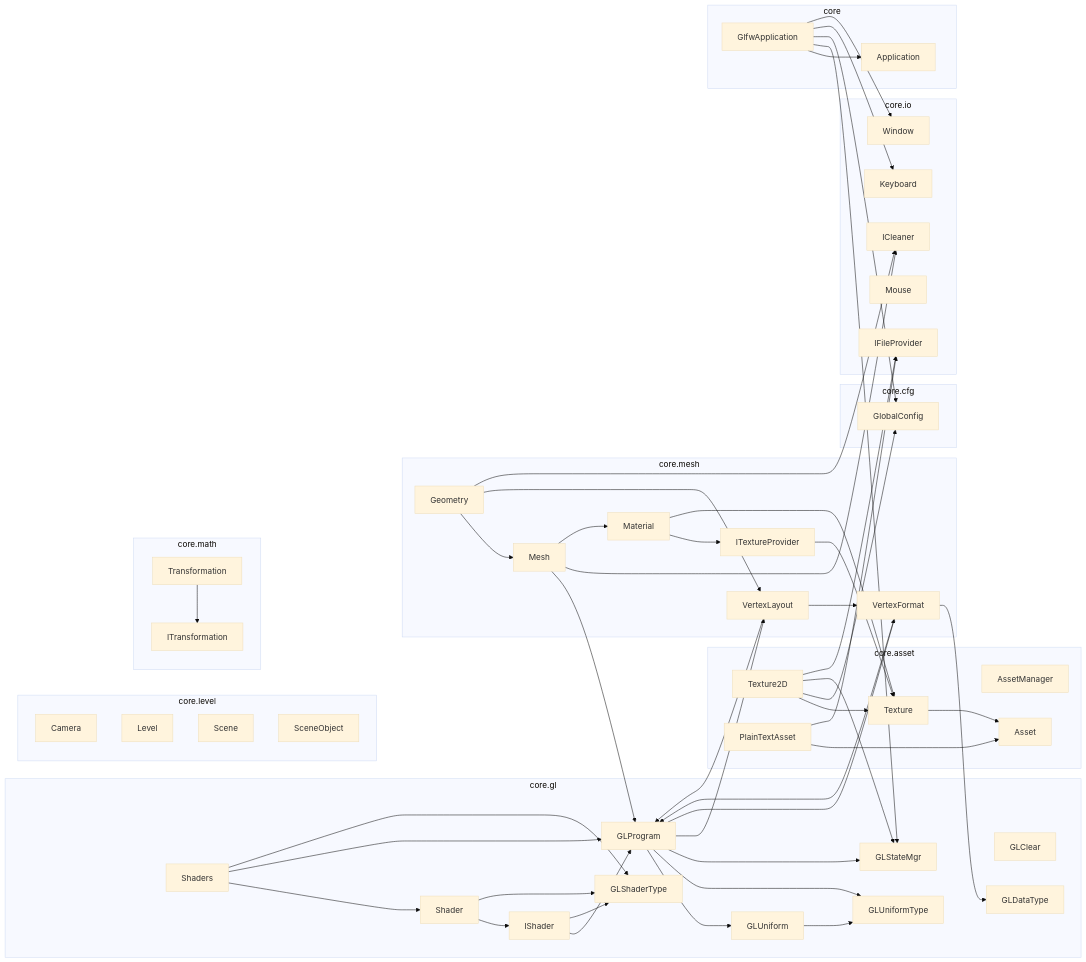
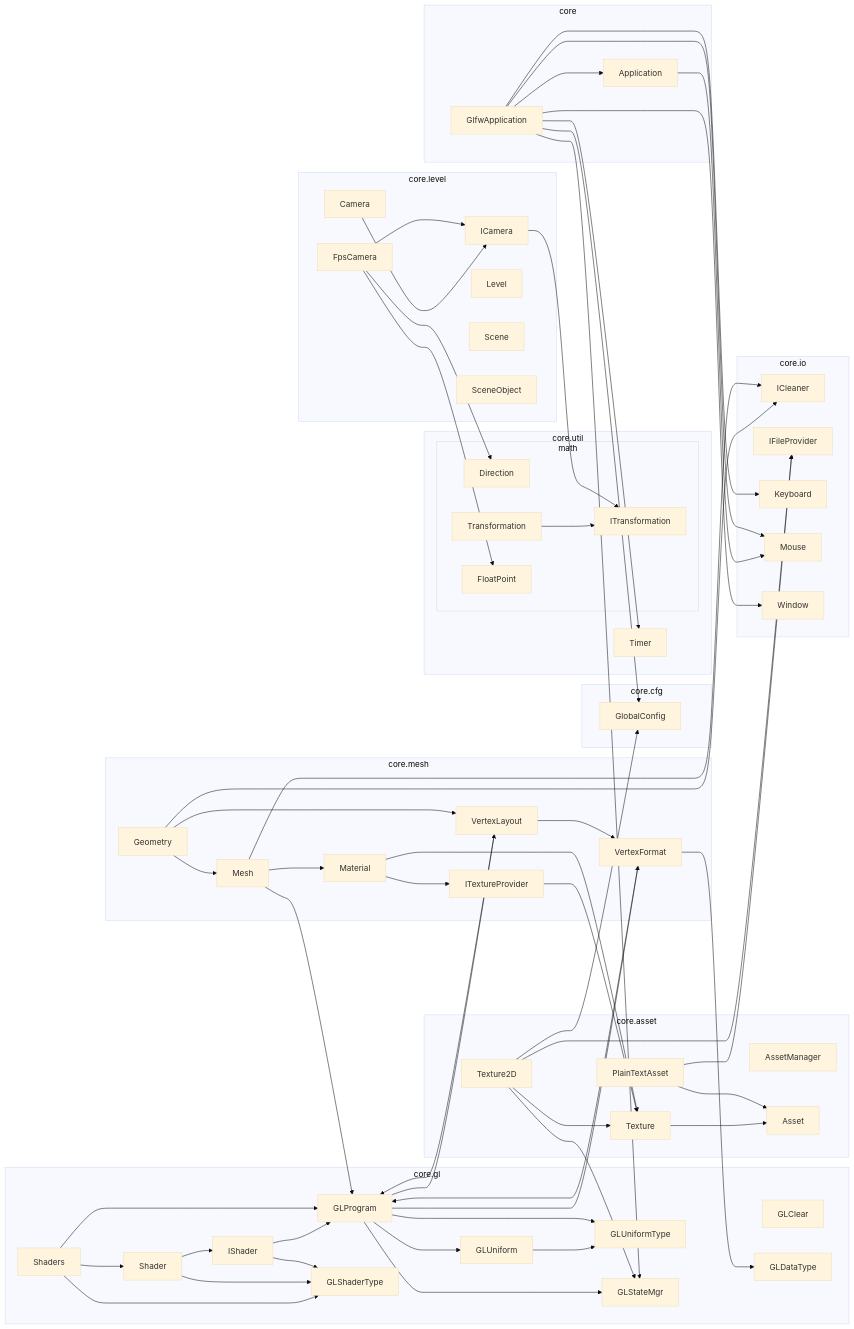
Before and after one commit to Over-Run/swgl-core: the diagram in README.md, drawn with Mermaid (base theme). The commit also changed 22 other files, not shown here.

Commit message:
The FpsCamera

````diff
--- a/README.md
+++ b/README.md
@@ -25,59 +25,71 @@
 ```mermaid
 graph LR
 subgraph core.asset
     AssetManager
     Texture2D-->Texture-->Asset
     PlainTextAsset-->Asset
 end
 subgraph core.cfg
     GlobalConfig
 end
 subgraph core.gl
     GLClear
     GLDataType
     Shaders-->Shader-->IShader-->GLProgram-->GLUniform-->GLUniformType
     Shaders-->GLProgram-->GLUniformType
     Shaders-->GLShaderType
     Shader-->GLShaderType
     IShader-->GLShaderType
     GLProgram-->GLStateMgr
 end
 subgraph core.io
     ICleaner
     IFileProvider
     Keyboard
     Mouse
     Window
 end
 subgraph core.level
-    Camera
+    Camera-->ICamera
+    FpsCamera-->ICamera
     Level
     Scene
     SceneObject
 end
-subgraph core.math
-    Transformation-->ITransformation
+subgraph core.util
+    Timer
+    subgraph math
+        Direction
+        Transformation-->ITransformation
+        FloatPoint
+    end
 end
 subgraph core.mesh
     Geometry-->Mesh-->GLProgram
     Geometry-->VertexLayout-->VertexFormat-->GLDataType
     Geometry-->ICleaner
     Mesh-->ICleaner
     Mesh-->Material-->ITextureProvider
 end
 subgraph core
     ga[GlfwApplication]-->Application
     ga-->GLStateMgr
     ga-->GlobalConfig
     ga-->Keyboard
     ga-->Window
 end
 VertexFormat-->GLProgram-->VertexLayout-->GLProgram
 GLProgram-->VertexFormat
 PlainTextAsset-->IFileProvider
 Texture2D-->GlobalConfig
 Texture2D-->GLStateMgr
 Texture2D-->IFileProvider
 ITextureProvider-->Texture
 Material-->Texture
+Application-->Mouse
+ga-->Mouse
+ga-->Timer
+ICamera-->ITransformation
+FpsCamera-->Direction
+FpsCamera-->FloatPoint
 ```
````
